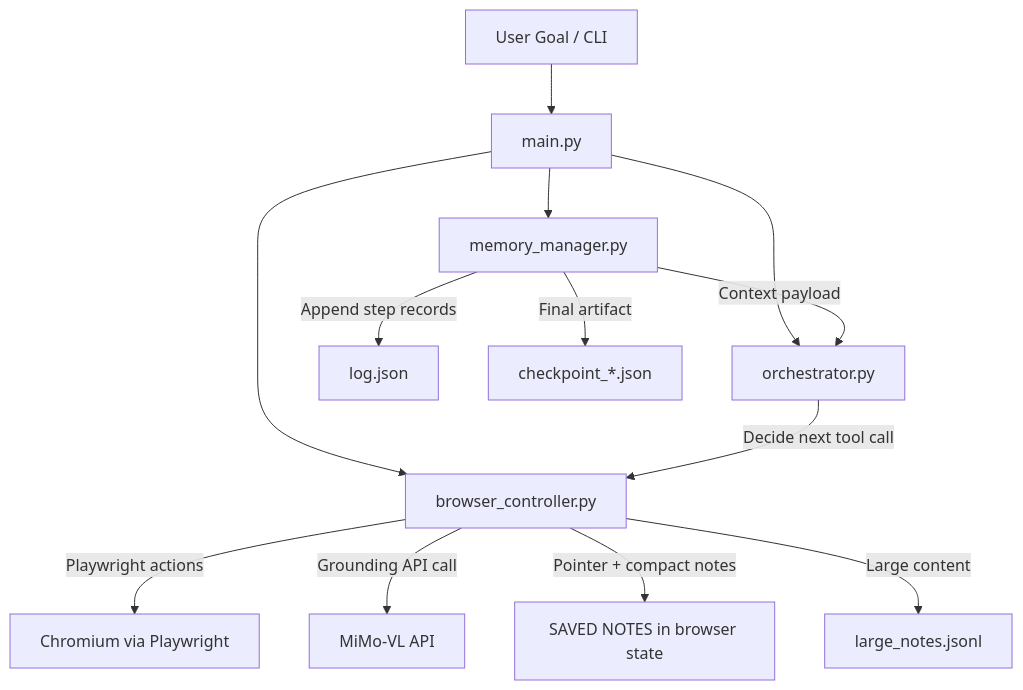
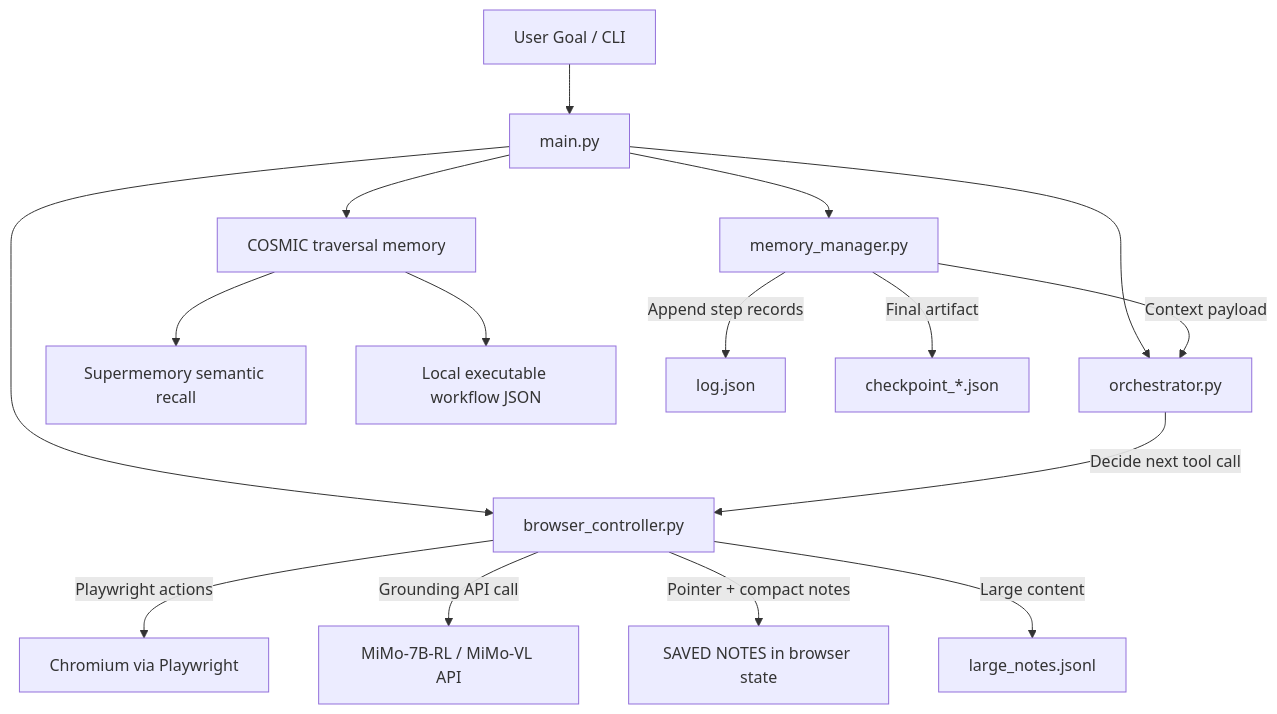
The first of 3 diagrams in cosmic-browser-use/README.md (uspraveen/agent-browser-index), drawn with Mermaid before and after one commit. The commit also changed other lines of this file and 6 other files, not shown here.

````diff
--- a/cosmic-browser-use/README.md
+++ b/cosmic-browser-use/README.md
@@ -28,18 +37,21 @@
 ```mermaid
 flowchart TD
     U[User Goal / CLI] --> M[main.py]
     M --> O[orchestrator.py]
     M --> B[browser_controller.py]
     M --> MEM[memory_manager.py]
 
     O -->|Decide next tool call| B
     B -->|Playwright actions| PW[Chromium via Playwright]
-    B -->|Grounding API call| MIMO[MiMo-VL API]
+    B -->|Grounding API call| MIMO[MiMo-7B-RL / MiMo-VL API]
+    M --> COSMIC[COSMIC traversal memory]
+    COSMIC --> SM[Supermemory semantic recall]
+    COSMIC --> WF[Local executable workflow JSON]
 
     MEM -->|Context payload| O
     MEM -->|Append step records| LOG[log.json]
     MEM -->|Final artifact| CKPT[checkpoint_*.json]
 
     B -->|Pointer + compact notes| NOTES[SAVED NOTES in browser state]
     B -->|Large content| LNS[large_notes.jsonl]
 ```
````
